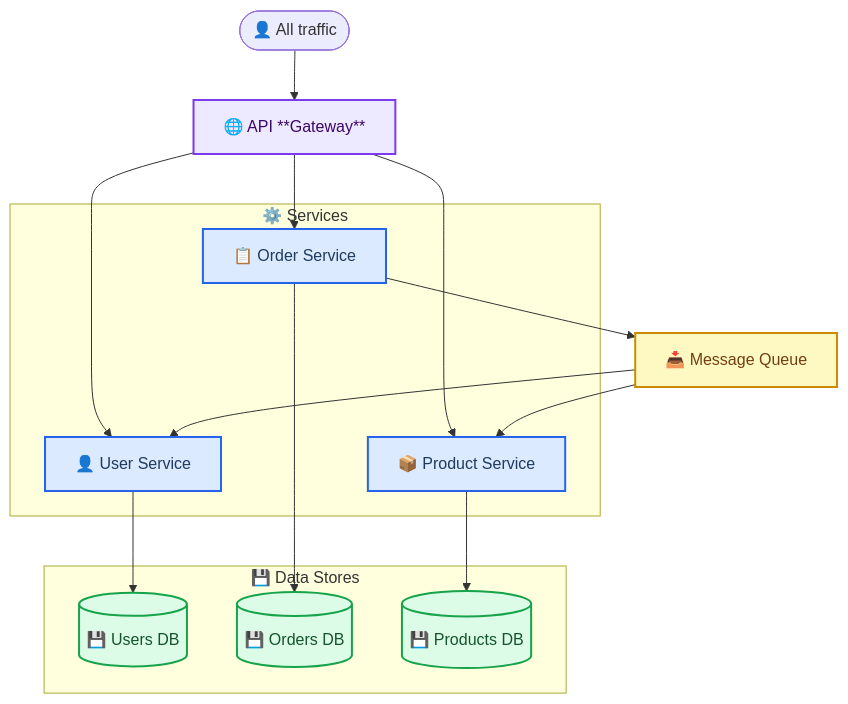
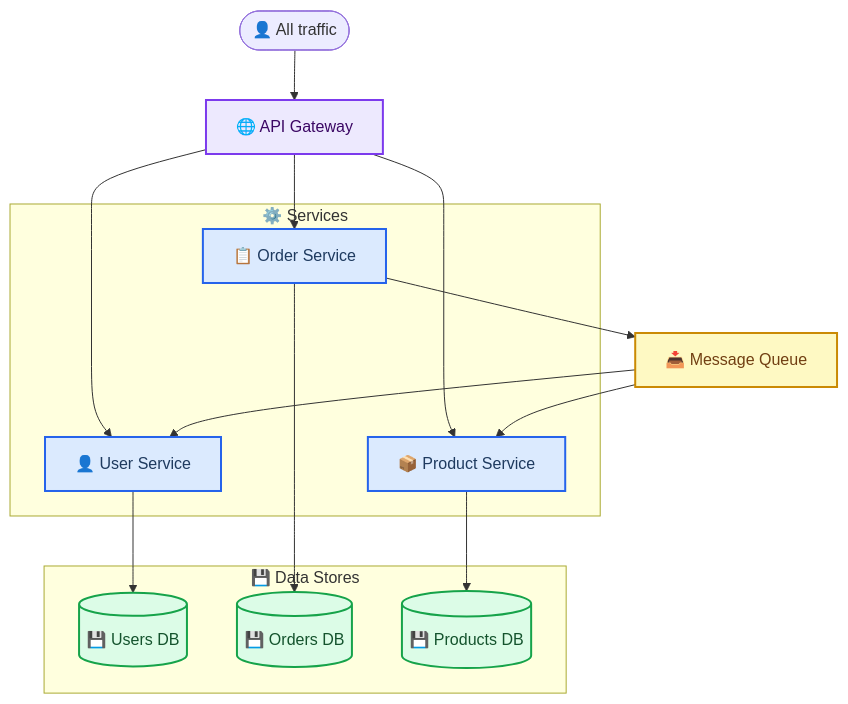
One commit to thereisnotime/skills-collection changed the seventh of 8 diagrams in skills/K-Dense-AI--claude-scientific-skills/skills/markdown-mermaid-writing/references/diagrams/complex_examples.md. Above: the diagram before and after it, drawn with Mermaid. The commit also changed other lines of this file and 4040 other files, not shown here.

Commit message:
sync: update skills repos, readme and charts

````diff
--- a/skills/K-Dense-AI--claude-scientific-skills/skills/markdown-mermaid-writing/references/diagrams/complex_examples.md
+++ b/skills/K-Dense-AI--claude-scientific-skills/skills/markdown-mermaid-writing/references/diagrams/complex_examples.md
@@ -292,41 +292,41 @@
 ```mermaid
 flowchart TB
     accTitle: Target State Microservices Architecture
     accDescr: Decomposed microservices architecture with API gateway routing to independent services each with their own data store and a shared message queue for async communication
 
-    client([👤 All traffic]) --> gw[🌐 API **Gateway**]
+    client([👤 All traffic]) --> gw[🌐 API Gateway]
 
     subgraph services ["⚙️ Services"]
         user_svc[👤 User Service]
         order_svc[📋 Order Service]
         product_svc[📦 Product Service]
     end
 
     subgraph data ["💾 Data Stores"]
         user_db[(💾 Users DB)]
         order_db[(💾 Orders DB)]
         product_db[(💾 Products DB)]
     end
 
     gw --> user_svc
     gw --> order_svc
     gw --> product_svc
 
     user_svc --> user_db
     order_svc --> order_db
     product_svc --> product_db
 
     order_svc --> mq[📥 Message Queue]
     mq --> user_svc
     mq --> product_svc
 
     classDef gateway fill:#ede9fe,stroke:#7c3aed,stroke-width:2px,color:#3b0764
     classDef service fill:#dbeafe,stroke:#2563eb,stroke-width:2px,color:#1e3a5f
     classDef datastore fill:#dcfce7,stroke:#16a34a,stroke-width:2px,color:#14532d
     classDef infra fill:#fef9c3,stroke:#ca8a04,stroke-width:2px,color:#713f12
 
     class gw gateway
     class user_svc,order_svc,product_svc service
     class user_db,order_db,product_db datastore
     class mq infra
 ```
````
